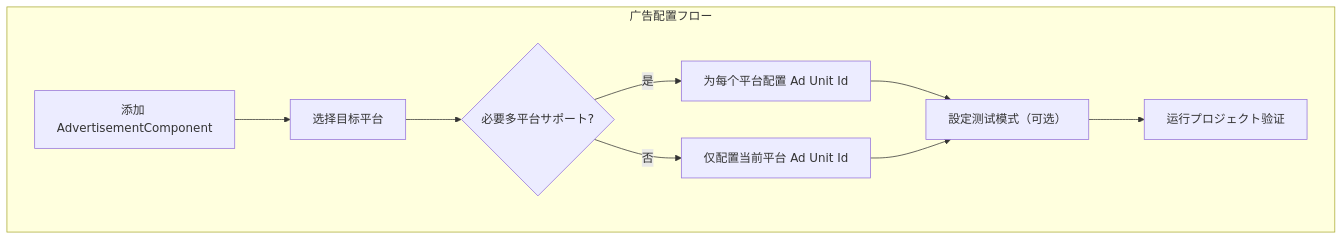
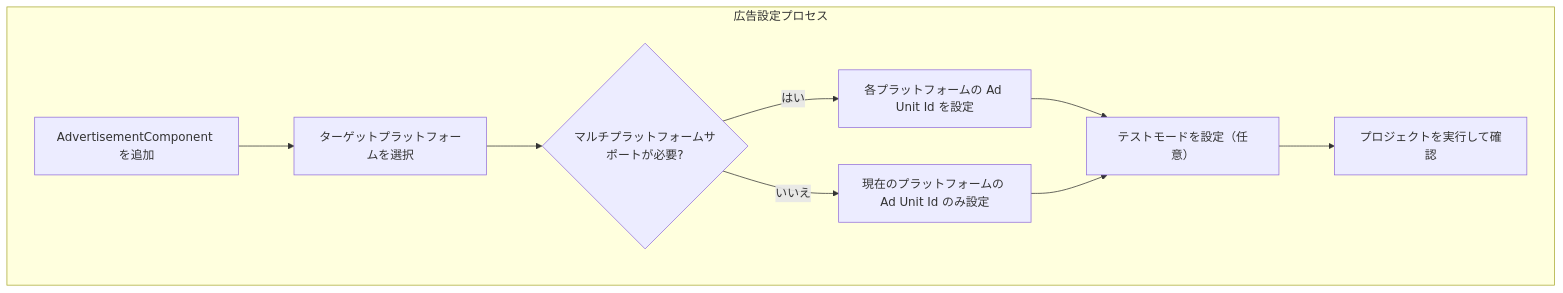
One commit to AlianBlank/GameFrameX.Docs changed the second of 2 diagrams in docs/ja/client/unity/component/advertisement/02.installation.md. Above: the diagram before and after it, drawn with Mermaid. The commit also changed other lines of this file and 320 other files, not shown here.

````diff
--- a/docs/ja/client/unity/component/advertisement/02.installation.md
+++ b/docs/ja/client/unity/component/advertisement/02.installation.md
@@ -138,12 +138,12 @@
 ```mermaid
 flowchart TD
-    subgraph Configuration["广告配置フロー"]
-        A[添加 AdvertisementComponent] --> B[选择目标平台]
-        B --> C{必要多平台サポート?}
-        C -->|是| D[为每个平台配置 Ad Unit Id]
-        C -->|否| E[仅配置当前平台 Ad Unit Id]
-        D --> F[設定测试模式（可选）]
+    subgraph Configuration["広告設定プロセス"]
+        A[AdvertisementComponent を追加] --> B[ターゲットプラットフォームを選択]
+        B --> C{マルチプラットフォームサポートが必要?}
+        C -->|はい| D[各プラットフォームの Ad Unit Id を設定]
+        C -->|いいえ| E[現在のプラットフォームの Ad Unit Id のみ設定]
+        D --> F[テストモードを設定（任意）]
         E --> F
-        F --> G[运行プロジェクト验证]
+        F --> G[プロジェクトを実行して確認]
     end
 ```
````
